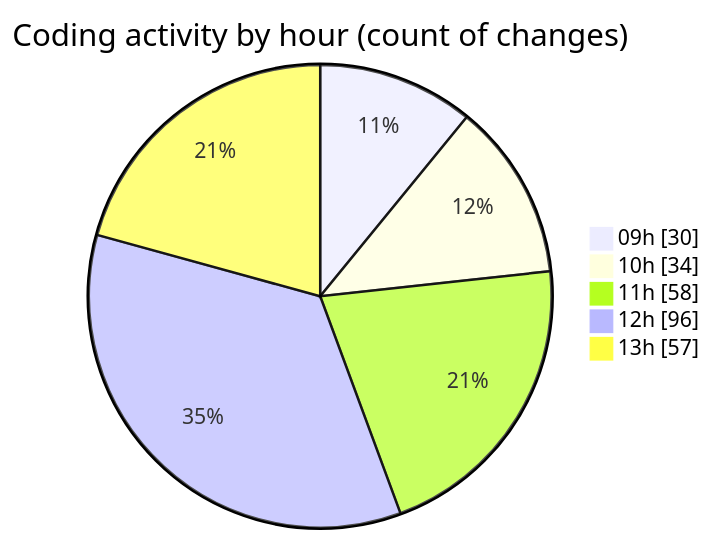
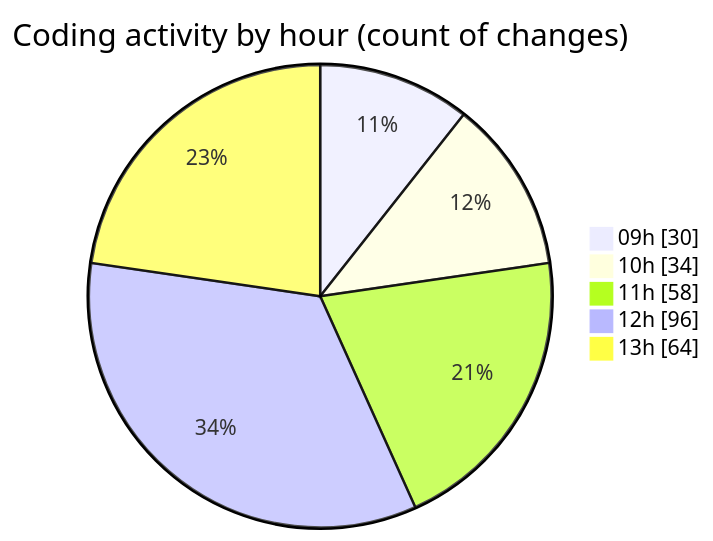
The second of 2 diagrams in 2025-04-02/cda/README.md (momahboobian/code-tracking), drawn with Mermaid before and after one commit. The commit also changed other lines of this file and 1 other file, not shown here.

````diff
--- a/2025-04-02/cda/README.md
+++ b/2025-04-02/cda/README.md
@@ -36,9 +36,9 @@
 ```mermaid
 pie showData
 title Coding activity by hour (count of changes)
 "09h" : 30
 "10h" : 34
 "11h" : 58
 "12h" : 96
-"13h" : 57
+"13h" : 64
 ```
````
